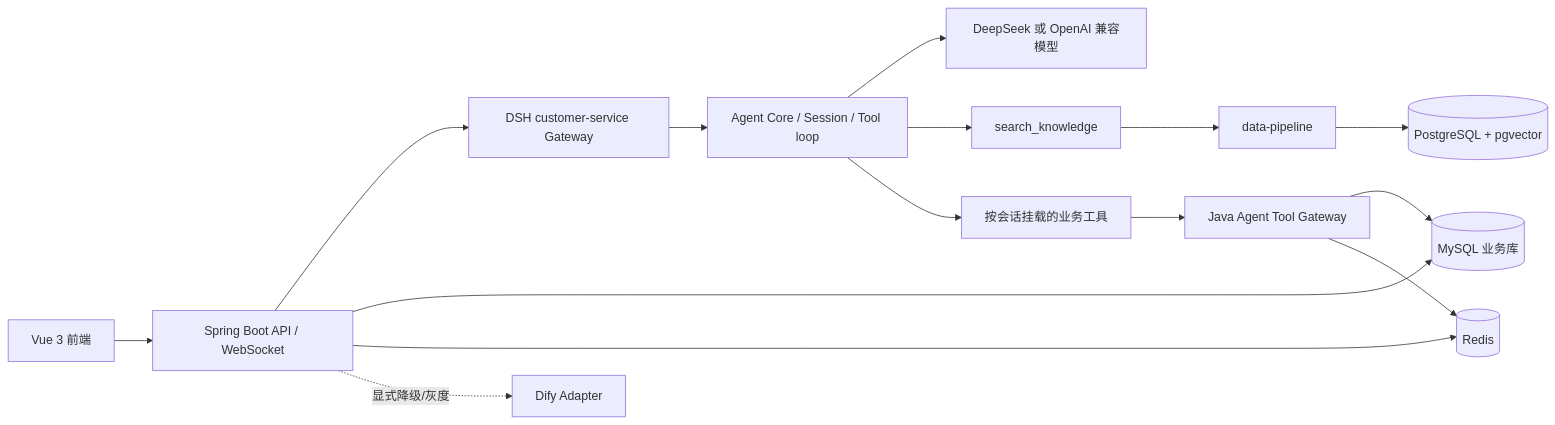
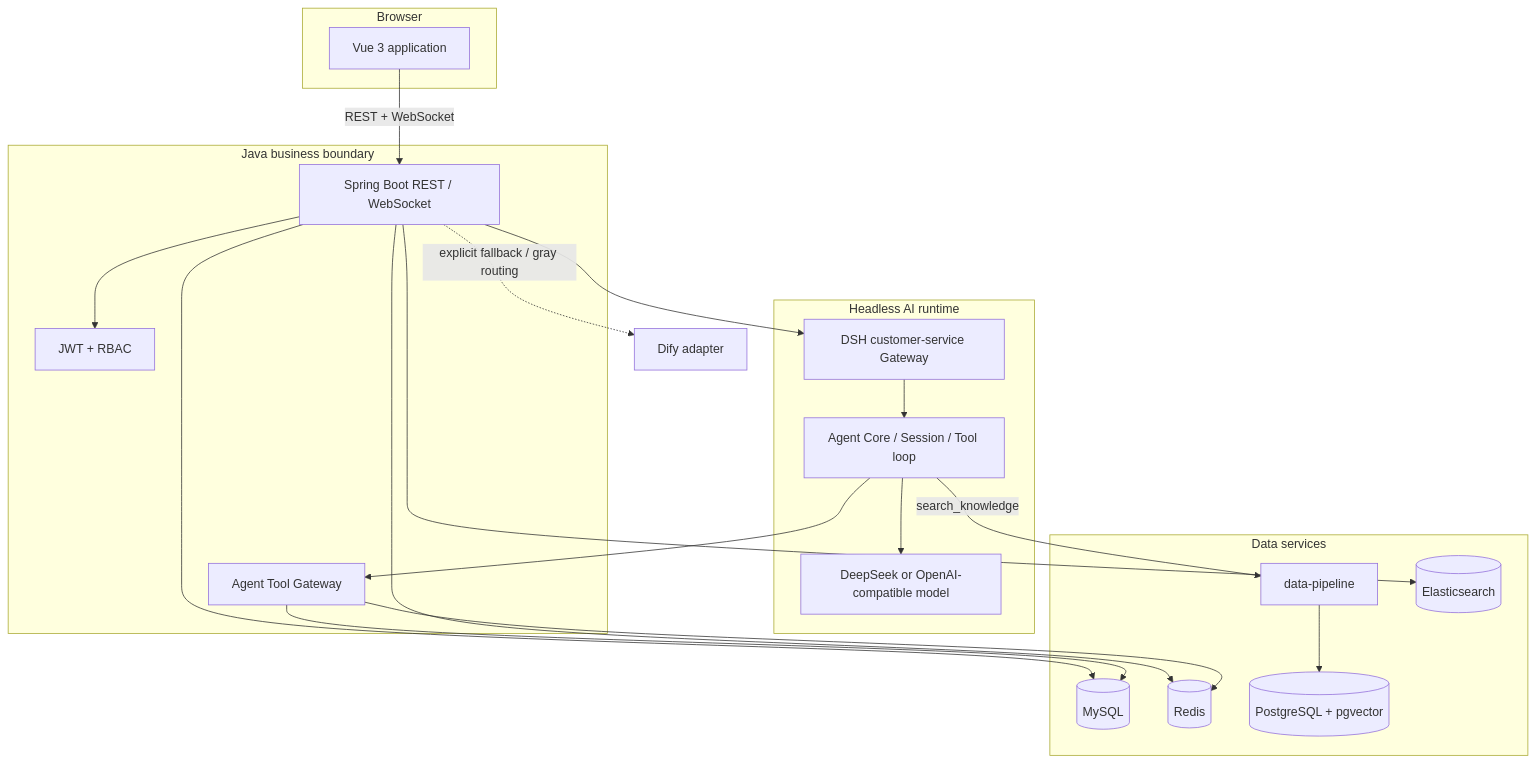
One commit to Me10dy66666666/ai_customer_service changed the first of 2 diagrams in README.md. Above: the diagram before and after it, drawn with Mermaid. The commit also changed other lines of this file, not shown here.

````diff
--- a/README.md
+++ b/README.md
@@ -7,17 +48,41 @@
 ```mermaid
-flowchart LR
-  UI[Vue 3 前端] --> API[Spring Boot API / WebSocket]
-  API --> DSH[DSH customer-service Gateway]
-  API --> MYSQL[(MySQL 业务库)]
-  API --> REDIS[(Redis)]
-  DSH --> CORE[Agent Core / Session / Tool loop]
-  CORE --> LLM[DeepSeek 或 OpenAI 兼容模型]
-  CORE --> SEARCH[search_knowledge]
-  SEARCH --> PIPE[data-pipeline]
-  PIPE --> PG[(PostgreSQL + pgvector)]
-  CORE --> TOOLS[按会话挂载的业务工具]
-  TOOLS --> GATEWAY[Java Agent Tool Gateway]
-  GATEWAY --> MYSQL
-  GATEWAY --> REDIS
-  API -. 显式降级/灰度 .-> DIFY[Dify Adapter]
+flowchart TB
+  subgraph Browser[Browser]
+    UI[Vue 3 application]
+  end
+
+  subgraph Business[Java business boundary]
+    API[Spring Boot REST / WebSocket]
+    AUTH[JWT + RBAC]
+    TOOL[Agent Tool Gateway]
+  end
+
+  subgraph AI[Headless AI runtime]
+    DSH[DSH customer-service Gateway]
+    CORE[Agent Core / Session / Tool loop]
+    LLM[DeepSeek or OpenAI-compatible model]
+  end
+
+  subgraph Data[Data services]
+    MYSQL[(MySQL)]
+    REDIS[(Redis)]
+    PIPE[data-pipeline]
+    PG[(PostgreSQL + pgvector)]
+    ES[(Elasticsearch)]
+  end
+
+  UI -->|REST + WebSocket| API
+  API --> AUTH
+  API --> DSH
+  API --> MYSQL
+  API --> REDIS
+  DSH --> CORE
+  CORE --> LLM
+  CORE -->|search_knowledge| PIPE
+  PIPE --> PG
+  CORE --> TOOL
+  TOOL --> MYSQL
+  TOOL --> REDIS
+  API --> ES
+  API -. explicit fallback / gray routing .-> DIFY[Dify adapter]
 ```
````
